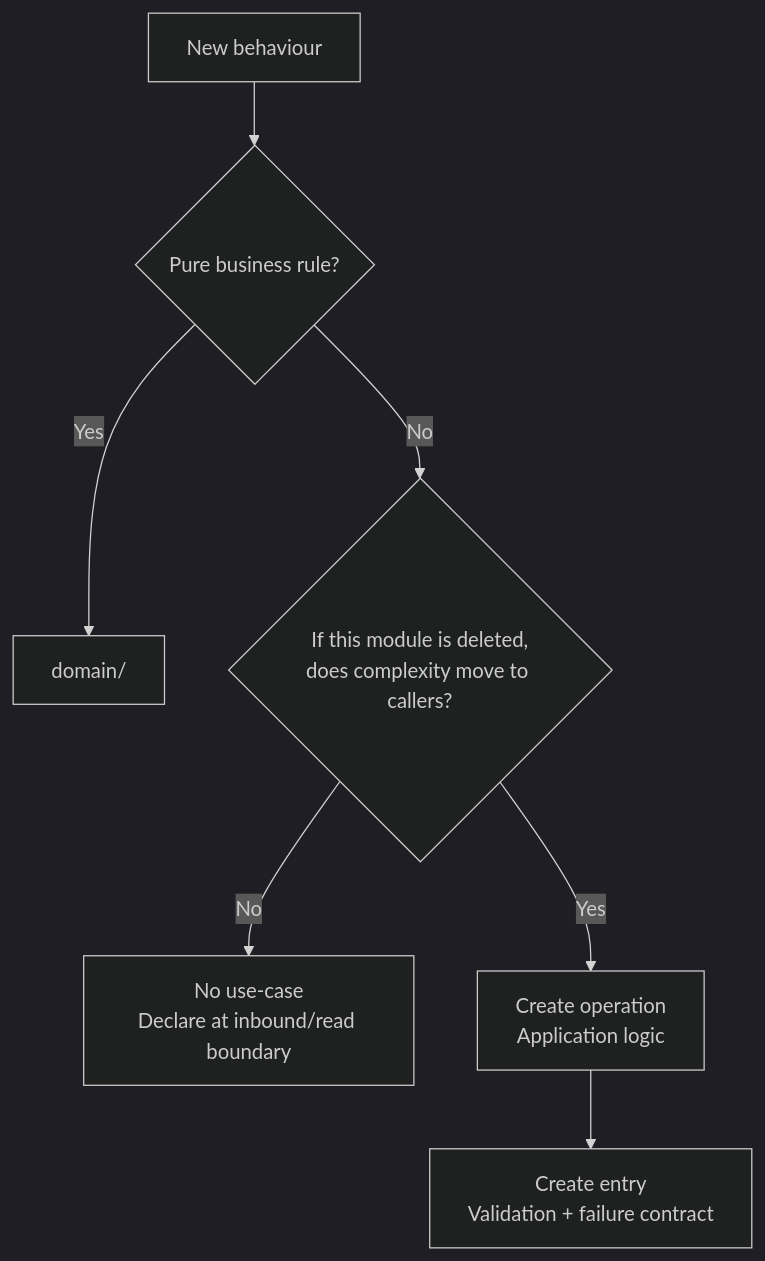
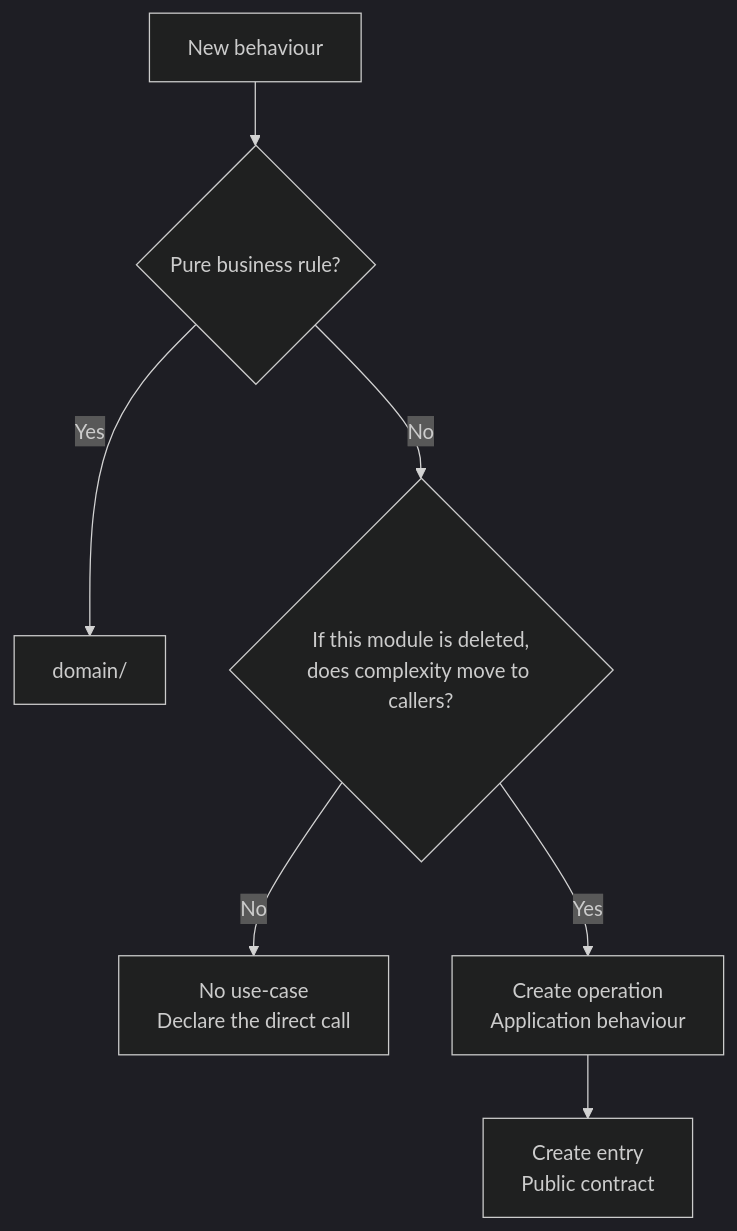
Before and after one commit to clicktronix/nextjs-clean-skills: the third of 3 diagrams in docs/architecture-contract.md, drawn with Mermaid (dark theme). The commit also changed other lines of this file and 18 other files, not shown here.

Commit message:
Expand and validate architecture documentation

````diff
--- a/docs/architecture-contract.md
+++ b/docs/architecture-contract.md
@@ -78,9 +166,11 @@
 ```mermaid
 flowchart TB
+  accTitle: Decide whether behaviour needs a use-case
+  accDescr: Pure rules go to domain, shallow effects stay direct, and behaviour that survives the deletion test becomes an operation with an entry.
   Change["New behaviour"] --> Pure{"Pure business rule?"}
   Pure -->|Yes| Domain["domain/"]
   Pure -->|No| Delete{"If this module is deleted,<br/>does complexity move to callers?"}
-  Delete -->|No| Direct["No use-case<br/>Declare at inbound/read boundary"]
-  Delete -->|Yes| Operation["Create operation<br/>Application logic"]
-  Operation --> Entry["Create entry<br/>Validation + failure contract"]
+  Delete -->|No| Direct["No use-case<br/>Declare the direct call"]
+  Delete -->|Yes| Operation["Create operation<br/>Application behaviour"]
+  Operation --> Entry["Create entry<br/>Public contract"]
 ```
````
